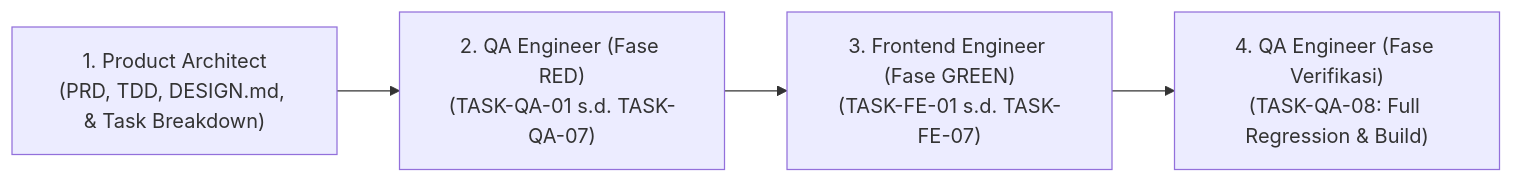
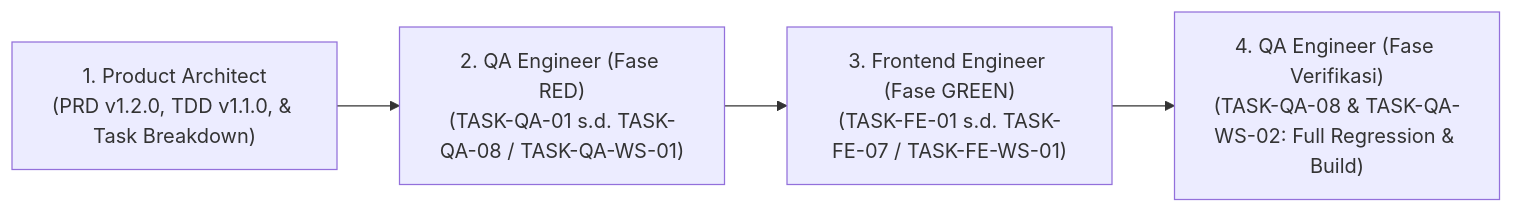
Before and after one commit to akhmad-ardi/schedovyn-landing-page: the diagram in docs/tasks/00-tdd-execution-roadmap.md, drawn with Mermaid. The commit also changed other lines of this file and 15 other files, not shown here.

````diff
--- a/docs/tasks/00-tdd-execution-roadmap.md
+++ b/docs/tasks/00-tdd-execution-roadmap.md
@@ -14,6 +14,6 @@
 ```mermaid
 flowchart LR
-    PA["1. Product Architect\n(PRD, TDD, DESIGN.md, & Task Breakdown)"] --> QA_RED["2. QA Engineer (Fase RED)\n(TASK-QA-01 s.d. TASK-QA-07)"]
-    QA_RED --> FE_GREEN["3. Frontend Engineer (Fase GREEN)\n(TASK-FE-01 s.d. TASK-FE-07)"]
-    FE_GREEN --> QA_VERIFY["4. QA Engineer (Fase Verifikasi)\n(TASK-QA-08: Full Regression & Build)"]
+    PA["1. Product Architect\n(PRD v1.2.0, TDD v1.1.0, & Task Breakdown)"] --> QA_RED["2. QA Engineer (Fase RED)\n(TASK-QA-01 s.d. TASK-QA-08 / TASK-QA-WS-01)"]
+    QA_RED --> FE_GREEN["3. Frontend Engineer (Fase GREEN)\n(TASK-FE-01 s.d. TASK-FE-07 / TASK-FE-WS-01)"]
+    FE_GREEN --> QA_VERIFY["4. QA Engineer (Fase Verifikasi)\n(TASK-QA-08 & TASK-QA-WS-02: Full Regression & Build)"]
 ```
````
